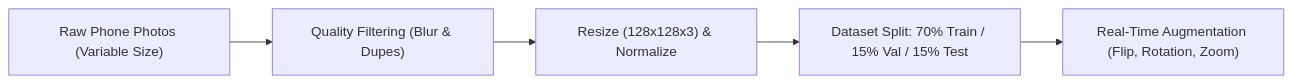
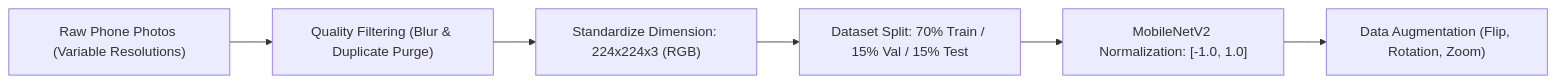
Before and after one commit to SwayamKohli/applied-generative-ai-labs: the first of 2 diagrams in smart-waste-classification-dnn/README.md, drawn with Mermaid. The commit also changed other lines of this file and 1 other file, not shown here.

Commit message:
feat(waste-classification): complete lab 1 with 224x224 MobileNetV2 DNN, two-stage fine-tuning, and 1-page report

````diff
--- a/smart-waste-classification-dnn/README.md
+++ b/smart-waste-classification-dnn/README.md
@@ -56,7 +57,8 @@
 ```mermaid
 flowchart LR
-    A["Raw Phone Photos (Variable Size)"] --> B["Quality Filtering (Blur & Dupes)"]
-    B --> C["Resize (128x128x3) & Normalize"]
+    A["Raw Phone Photos (Variable Resolutions)"] --> B["Quality Filtering (Blur & Duplicate Purge)"]
+    B --> C["Standardize Dimension: 224x224x3 (RGB)"]
     C --> D["Dataset Split: 70% Train / 15% Val / 15% Test"]
-    D --> E["Real-Time Augmentation (Flip, Rotation, Zoom)"]
+    D --> E["MobileNetV2 Normalization: [-1.0, 1.0]"]
+    E --> F["Data Augmentation (Flip, Rotation, Zoom)"]
 ```
````
